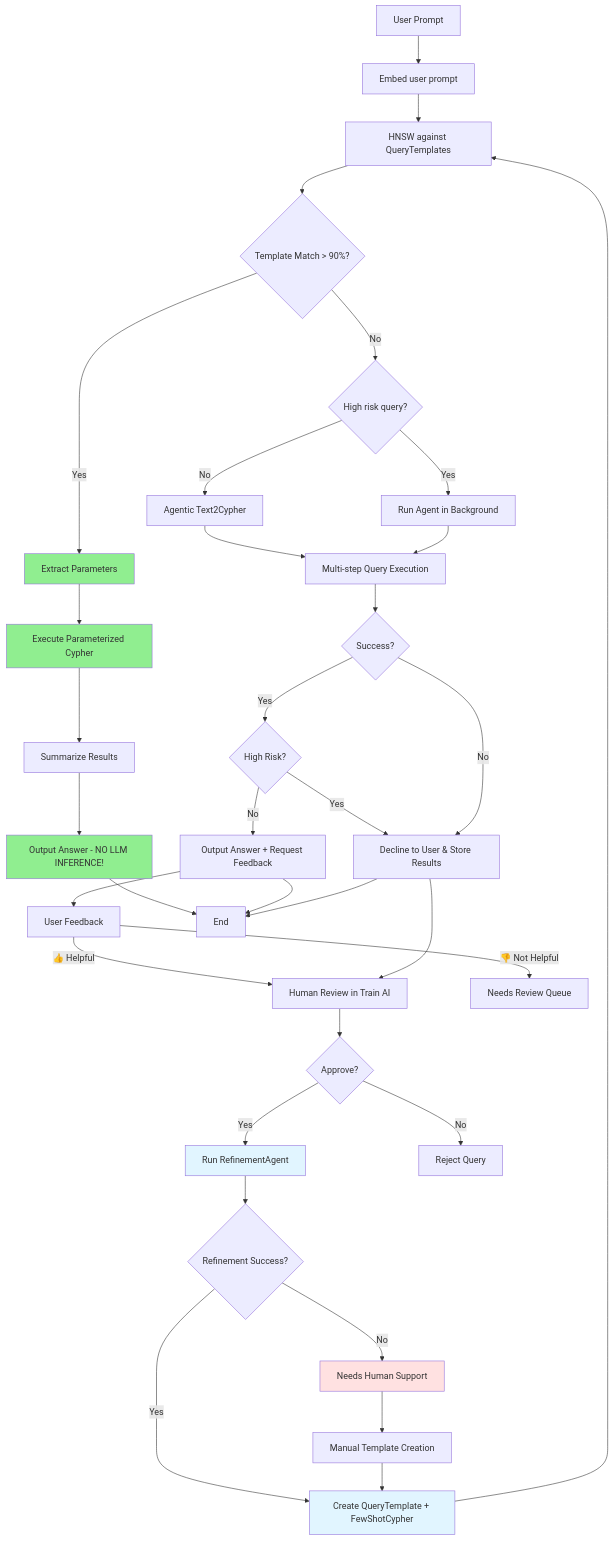
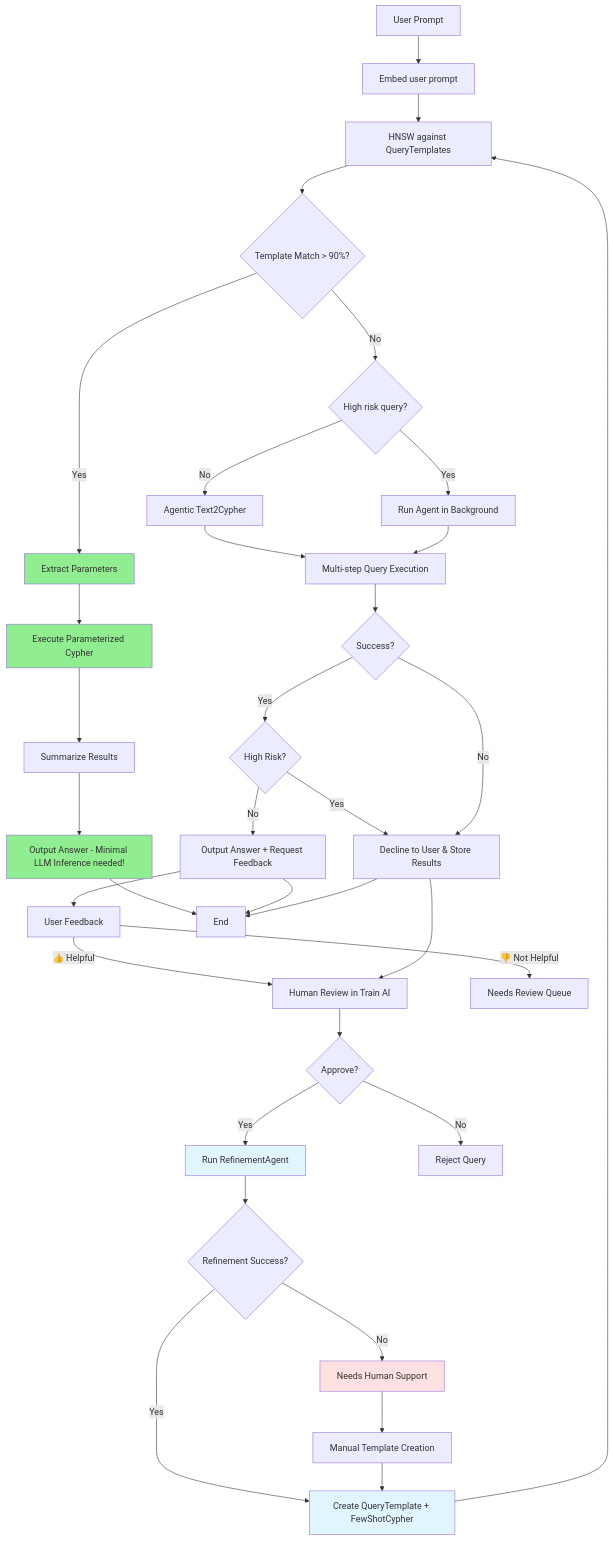
The diagram in docs/architecture.md (cbooth-neo4j/BOOTH_Retriever), drawn with Mermaid before and after one commit. The commit also changed 9 other files, not shown here.

````diff
--- a/docs/architecture.md
+++ b/docs/architecture.md
@@ -5,56 +5,56 @@
 ```mermaid
 flowchart TD
     A[User Prompt] --> B[Embed user prompt]
     B --> C[HNSW against QueryTemplates]
     C --> D{Template Match > 90%?}
     
     D -->|Yes| E[Extract Parameters]
     E --> F[Execute Parameterized Cypher]
     F --> G[Summarize Results]
-    G --> H[Output Answer - NO LLM INFERENCE!]
+    G --> H[Output Answer - Minimal LLM Inference needed!]
     
     D -->|No| I{High risk query?}
     
     I -->|No| J[Agentic Text2Cypher]
     I -->|Yes| J2[Run Agent in Background]
     
     J --> K[Multi-step Query Execution]
     J2 --> K
     
     K --> L{Success?}
     
     L -->|Yes| M{High Risk?}
     M -->|No| N[Output Answer + Request Feedback]
     M -->|Yes| O[Decline to User & Store Results]
     
     L -->|No| O
     
     N --> P[User Feedback]
     P -->|👍 Helpful| Q[Human Review in Train AI]
     P -->|👎 Not Helpful| R[Needs Review Queue]
     
     O --> Q
     
     Q --> S{Approve?}
     S -->|Yes| T[Run RefinementAgent]
     S -->|No| U[Reject Query]
     
     T --> V{Refinement Success?}
     V -->|Yes| W[Create QueryTemplate + FewShotCypher]
     W --> C
     
     V -->|No| X[Needs Human Support]
     X --> Y[Manual Template Creation]
     Y --> W
     
     H --> Z[End]
     N --> Z
     O --> Z
     
     style E fill:#90EE90
     style F fill:#90EE90
     style H fill:#90EE90
     style T fill:#e1f5ff
     style W fill:#e1f5ff
     style X fill:#ffe1e1
 ```
````
